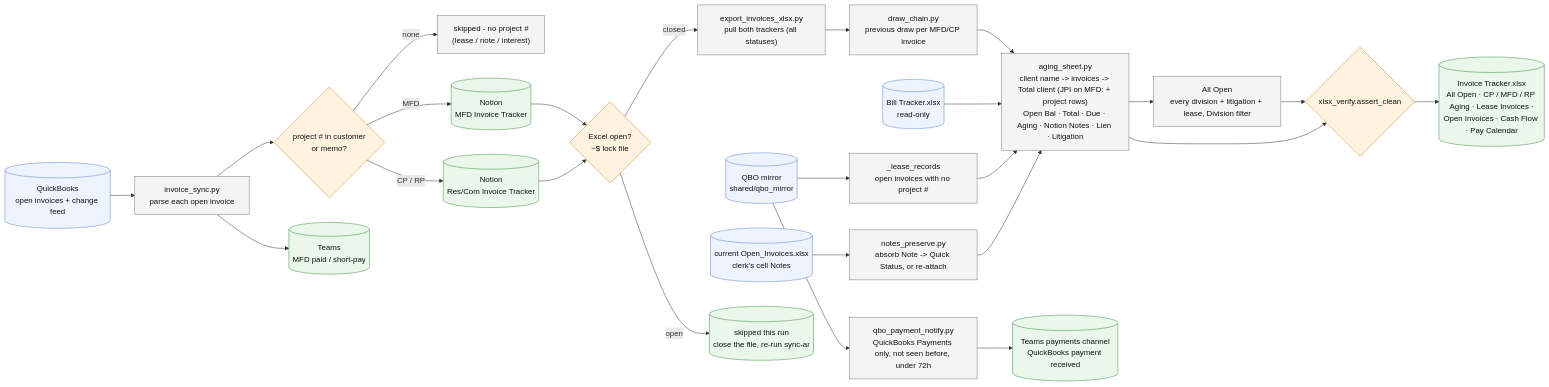
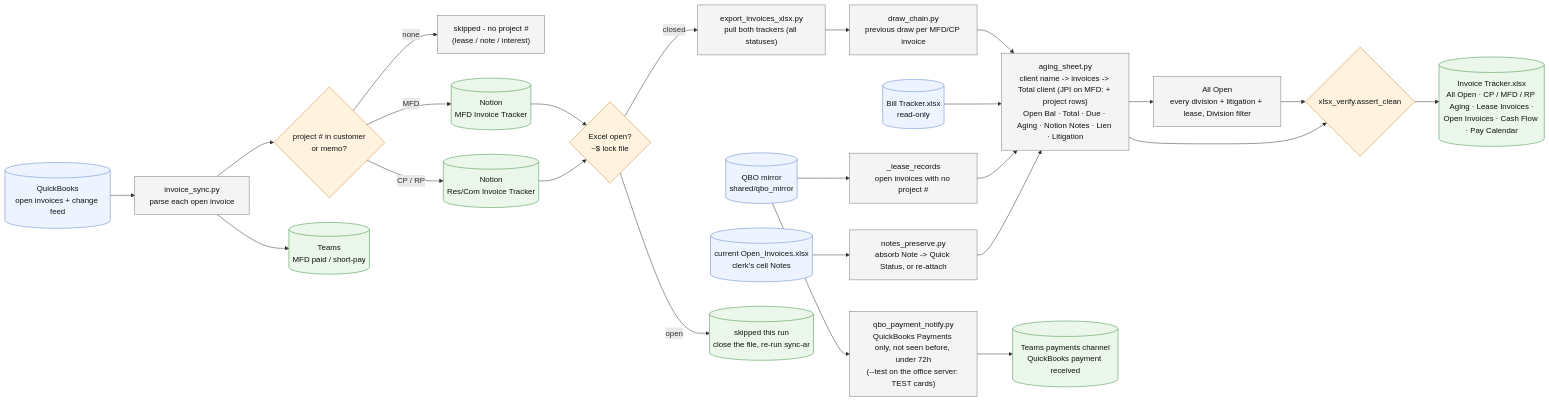
One commit to Ecarlo-Proficient/Claude-Report changed the diagram in invoice-sync/FLOW.md. Above: the diagram before and after it, drawn with Mermaid. The commit also changed other lines of this file and 8 other files, not shown here.

Commit message:
office server: payments-test step - TEST QuickBooks payment received cards to TEAMS_WEBHOOK_PAYMENTS_TEST in test mode (own posted record, dry-run log while blank), so the Payments channel is proven before the team uses it

````diff
--- a/invoice-sync/FLOW.md
+++ b/invoice-sync/FLOW.md
@@ -9,50 +9,50 @@
 ```mermaid
 flowchart LR
     classDef src fill:#eef4ff,stroke:#5b7fc7,color:#111
     classDef tool fill:#f4f4f4,stroke:#777,color:#111
     classDef gate fill:#fff3e0,stroke:#d9822b,color:#111
     classDef out fill:#eaf7ea,stroke:#3c8d40,color:#111
 
     QBO[("QuickBooks<br/>open invoices + change feed")]:::src
     MIR[("QBO mirror<br/>shared/qbo_mirror")]:::src
     BTX[("Bill Tracker.xlsx<br/>read-only")]:::src
     OLD[("current Open_Invoices.xlsx<br/>clerk's cell Notes")]:::src
 
     SYNC["invoice_sync.py<br/>parse each open invoice"]:::tool
     ROUTE{"project # in customer<br/>or memo?"}:::gate
     SKIP["skipped - no project #<br/>(lease / note / interest)"]:::tool
     LOCK{"Excel open?<br/>~$ lock file"}:::gate
     EXP["export_invoices_xlsx.py<br/>pull both trackers (all statuses)"]:::tool
     CHAIN["draw_chain.py<br/>previous draw per MFD/CP invoice"]:::tool
     AGE["aging_sheet.py<br/>client name -> invoices -> Total client (JPI on MFD: + project rows)<br/>Open Bal · Total · Due · Aging · Notion Notes · Lien · Litigation"]:::tool
     ALL["All Open<br/>every division + litigation + lease, Division filter"]:::tool
     LEASE["_lease_records<br/>open invoices with no project #"]:::tool
     NOTES["notes_preserve.py<br/>absorb Note -> Quick Status, or re-attach"]:::tool
     VER{"xlsx_verify.assert_clean"}:::gate
 
     MFD[("Notion<br/>MFD Invoice Tracker")]:::out
     RES[("Notion<br/>Res/Com Invoice Tracker")]:::out
     TEAMS[("Teams<br/>MFD paid / short-pay")]:::out
-    PAYN["qbo_payment_notify.py<br/>QuickBooks Payments only, not seen before, under 72h"]:::tool
+    PAYN["qbo_payment_notify.py<br/>QuickBooks Payments only, not seen before, under 72h<br/>(--test on the office server: TEST cards)"]:::tool
     TPAY[("Teams payments channel<br/>QuickBooks payment received")]:::out
     OD[("Invoice Tracker.xlsx<br/>All Open · CP / MFD / RP Aging · Lease Invoices ·<br/>Open Invoices · Cash Flow · Pay Calendar")]:::out
     HOLD[("skipped this run<br/>close the file, re-run sync-ar")]:::out
 
     QBO --> SYNC --> ROUTE
     ROUTE -- "MFD" --> MFD
     ROUTE -- "CP / RP" --> RES
     ROUTE -- "none" --> SKIP
     SYNC --> TEAMS
     MFD --> LOCK
     RES --> LOCK
     LOCK -- "open" --> HOLD
     LOCK -- "closed" --> EXP
     OLD --> NOTES
     EXP --> CHAIN --> AGE
     BTX --> AGE
     MIR --> LEASE --> AGE
     MIR --> PAYN --> TPAY
     NOTES --> AGE
     AGE --> ALL --> VER --> OD
     AGE --> VER
 ```
````
